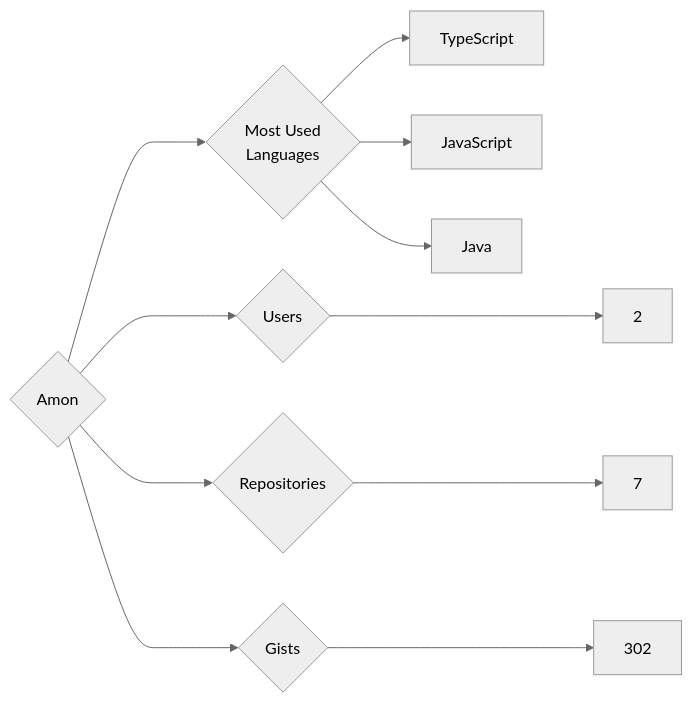
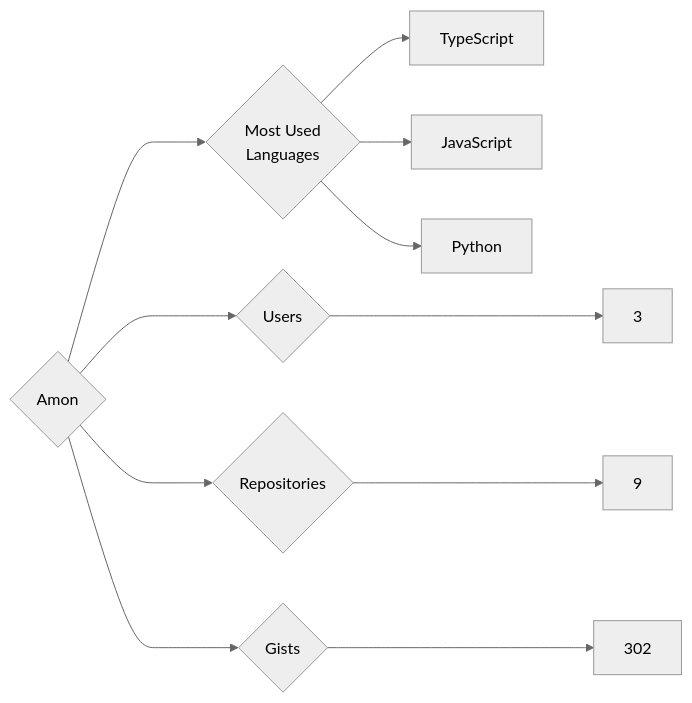
Before and after one commit to trickest/insiders: the diagram in targets/Amon/README.md, drawn with Mermaid (neutral theme). The commit also changed 1170 other files, not shown here.

````diff
--- a/targets/Amon/README.md
+++ b/targets/Amon/README.md
@@ -3,11 +3,11 @@
 ```mermaid
 graph LR
 COMPANY_NAME{Amon}
-COMPANY_NAME ---> U{Users} ---> UN[2]
-COMPANY_NAME ---> R{Repositories} ---> RN[7]
+COMPANY_NAME ---> U{Users} ---> UN[3]
+COMPANY_NAME ---> R{Repositories} ---> RN[9]
 COMPANY_NAME ---> G{Gists} ---> GN[302]
 COMPANY_NAME ---> ML{Most Used<br>Languages}
 ML --> TypeScript[TypeScript]
 ML --> JavaScript[JavaScript]
-ML --> Java[Java]
+ML --> Python[Python]
 ```
````
